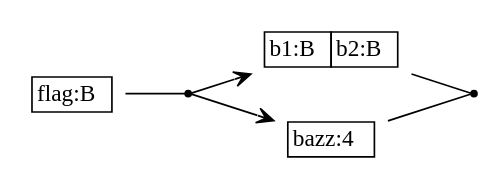
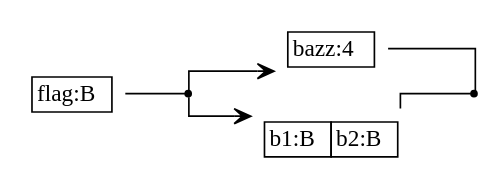
One commit to sireum/bitcodec-examples changed the diagram in src/genunion/genunion-spec.dot. Above: the diagram before and after it, drawn with Graphviz. The commit also changed 12 other files, not shown here.

```diff
--- a/src/genunion/genunion-spec.dot
+++ b/src/genunion/genunion-spec.dot
@@ -1,29 +1,30 @@
 digraph G {
   rankdir = LR;
+  graph [splines=ortho];
   node [shape=plaintext];
   edge [arrowhead=vee];
 
   n0 [label=<
     <TABLE BORDER="0" CELLBORDER="1" CELLSPACING="0" TOOLTIP="Foo" HREF="#">
       <TR><TD>flag:B</TD></TR>
     </TABLE>
   >];
   n1 [shape=point];
   n2 [label=<
-    <TABLE BORDER="0" CELLBORDER="1" CELLSPACING="0" TOOLTIP="Foo.baz" HREF="#">
-      <TR><TD>b1:B</TD><TD>b2:B</TD></TR>
+    <TABLE BORDER="0" CELLBORDER="1" CELLSPACING="0" TOOLTIP="Foo.bazz" HREF="#">
+      <TR><TD>bazz:4</TD></TR>
     </TABLE>
   >];
   n3 [label=<
-    <TABLE BORDER="0" CELLBORDER="1" CELLSPACING="0" TOOLTIP="Foo.bazz" HREF="#">
-      <TR><TD>bazz:4</TD></TR>
+    <TABLE BORDER="0" CELLBORDER="1" CELLSPACING="0" TOOLTIP="Foo.baz" HREF="#">
+      <TR><TD>b1:B</TD><TD>b2:B</TD></TR>
     </TABLE>
   >];
   n4 [shape=point];
 
   n0 -> n1 [arrowhead=none];
   n1 -> n2;
   n1 -> n3;
   n3 -> n4 [arrowhead=none];
   n2 -> n4 [arrowhead=none];
 }
```
